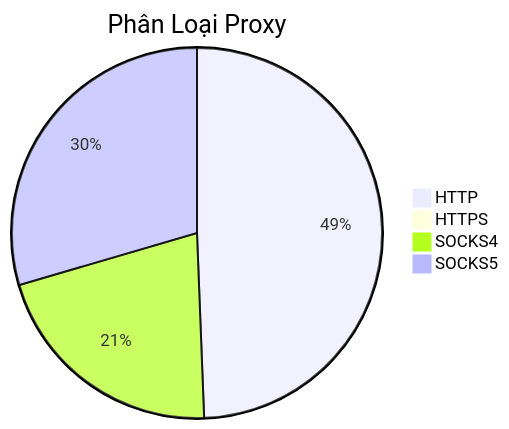
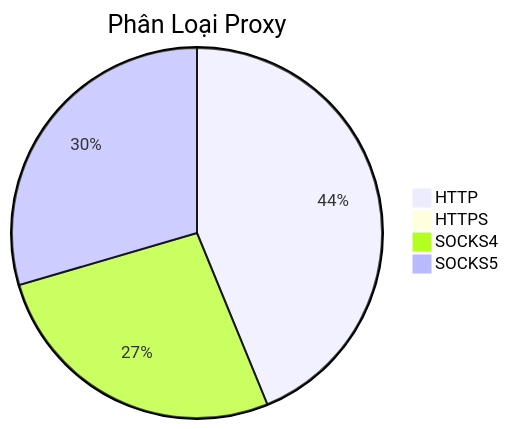
Before and after one commit to Ciara-12/PROXY-free: the diagram in README.md, drawn with Mermaid. The commit also changed other lines of this file and 4 other files, not shown here.

````diff
--- a/README.md
+++ b/README.md
@@ -26,7 +26,7 @@
 ```mermaid
 pie title Phân Loại Proxy
-    "HTTP" : 602
-    "HTTPS" : 1
-    "SOCKS4" : 257
-    "SOCKS5" : 360
+    "HTTP" : 537
+    "HTTPS" : 0
+    "SOCKS4" : 327
+    "SOCKS5" : 362
 ```
````
